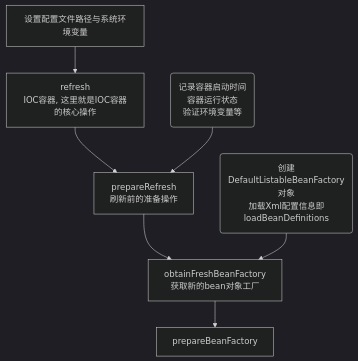
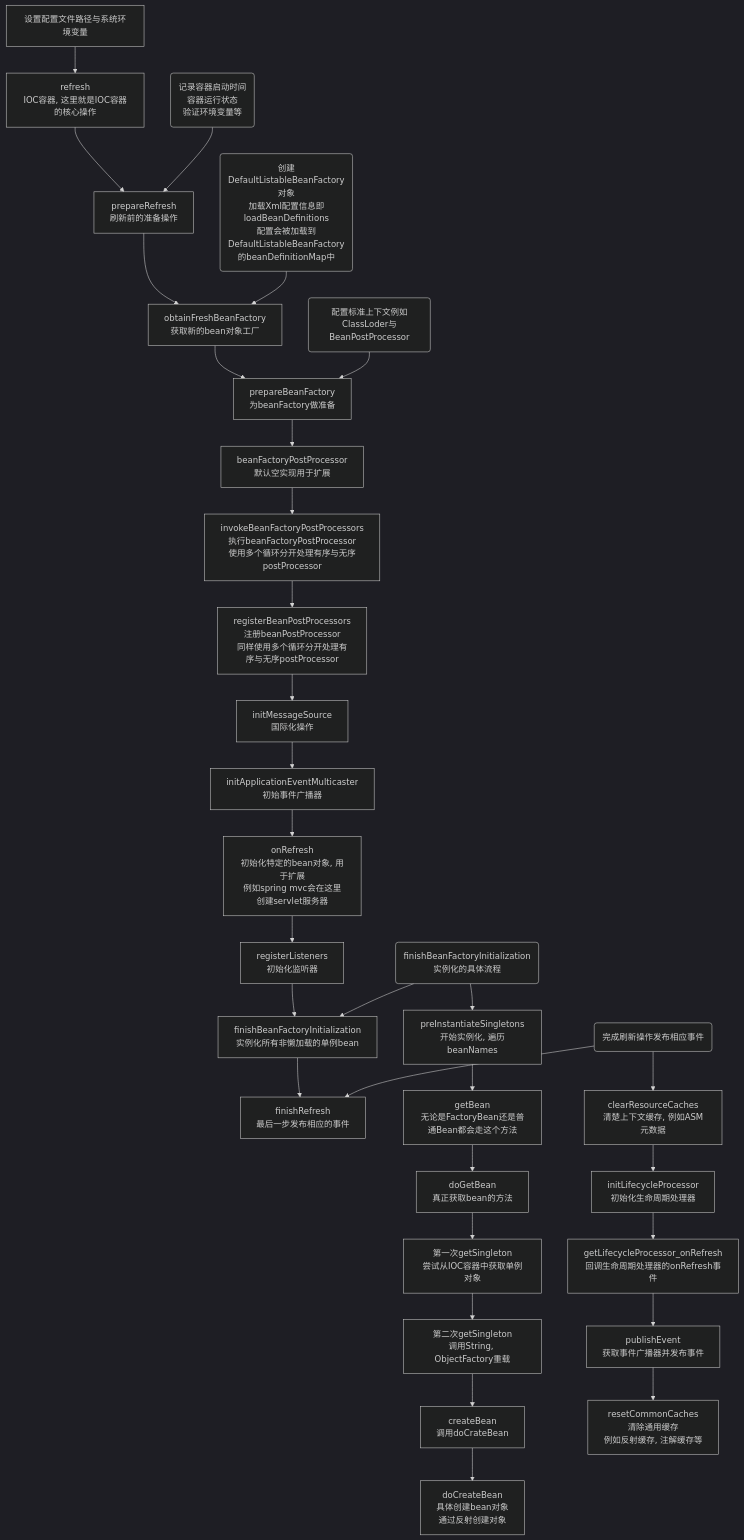
The second of 2 diagrams in Spring/Spring源码.md (LCW-QAQ/StudayNote), drawn with Mermaid (dark theme) before and after one commit.

Commit message:
Spring源码概览

````diff
--- a/Spring/Spring源码.md
+++ b/Spring/Spring源码.md
@@ -24,9 +24,40 @@
 ```mermaid
 graph TB
+%% 主流程
 设置配置文件路径与系统环境变量 --> refresh[refresh<br>IOC容器, 这里就是IOC容器的核心操作]
 	--> prepareRefresh[prepareRefresh<br>刷新前的准备操作]
 	--> obtainFreshBeanFactory[obtainFreshBeanFactory<br>获取新的bean对象工厂]
-	--> prepareBeanFactory
-obtainFreshBeanFactory__INFO(创建DefaultListableBeanFactory对象<br>加载Xml配置信息即loadBeanDefinitions) --> obtainFreshBeanFactory
+	--> prepareBeanFactory[prepareBeanFactory<br>为beanFactory做准备]
+	--> postProcessBeanFactory[beanFactoryPostProcessor<br>默认空实现用于扩展]
+	--> invokeBeanFactoryPostProcessors[invokeBeanFactoryPostProcessors<br>执行beanFactoryPostProcessor<br>使用多个循环分开处理有序与无序postProcessor]
+	--> registerBeanPostProcessors[registerBeanPostProcessors<br>注册beanPostProcessor<br>同样使用多个循环分开处理有序与无序postProcessor]
+	--> initMessageSource[initMessageSource<br>国际化操作]
+	--> initApplicationEventMulticaster[initApplicationEventMulticaster<br>初始事件广播器]
+	--> onRefresh[onRefresh<br>初始化特定的bean对象, 用于扩展<br>例如spring mvc会在这里创建servlet服务器]
+	--> registerListeners[registerListeners<br>初始化监听器]
+	--> finishBeanFactoryInitialization[finishBeanFactoryInitialization<br>实例化所有非懒加载的单例bean]
+	--> finishRefresh[finishRefresh<br>最后一步发布相应的事件]
+
+%% 主流程INFO
+obtainFreshBeanFactory__INFO(创建DefaultListableBeanFactory对象<br>加载Xml配置信息即loadBeanDefinitions<br>配置会被加载到DefaultListableBeanFactory的beanDefinitionMap中) --> obtainFreshBeanFactory
+
 prepareRefresh__INFO(记录容器启动时间<br>容器运行状态<br>验证环境变量等) --> prepareRefresh
+
+prepareBeanFactory__INFO(配置标准上下文例如ClassLoder与BeanPostProcessor) --> prepareBeanFactory
+
+finishBeanFactoryInitialization__INFO(finishBeanFactoryInitialization<br>实例化的具体流程) --> finishBeanFactoryInitialization
+finishBeanFactoryInitialization__INFO --> preInstantiateSingletons[preInstantiateSingletons<br>开始实例化, 遍历beanNames]
+	--> getBean[getBean<br>无论是FactoryBean还是普通Bean都会走这个方法]
+	--> doGetBean[doGetBean<br>真正获取bean的方法]
+	--> getSingleton_first[第一次getSingleton<br>尝试从IOC容器中获取单例对象]
+	--> getSingleton_second[第二次getSingleton<br>调用String, ObjectFactory重载]
+	--> createBean[createBean<br>调用doCrateBean]
+	--> doCreateBean[doCreateBean<br>具体创建bean对象<br>通过反射创建对象]
+	
+finishRefresh__INFO(完成刷新操作发布相应事件) --> finishRefresh
+finishRefresh__INFO --> clearResourceCaches[clearResourceCaches<br>清楚上下文缓存, 例如ASM元数据]
+					--> initLifecycleProcessor[initLifecycleProcessor<br>初始化生命周期处理器]
+					--> getLifecycleProcessor_onRefresh[getLifecycleProcessor_onRefresh<br>回调生命周期处理器的onRefresh事件]
+					--> publishEvent[publishEvent<br>获取事件广播器并发布事件]
+					--> resetCommonCaches[resetCommonCaches<br>清除通用缓存<br>例如反射缓存, 注解缓存等]
 ```
````
